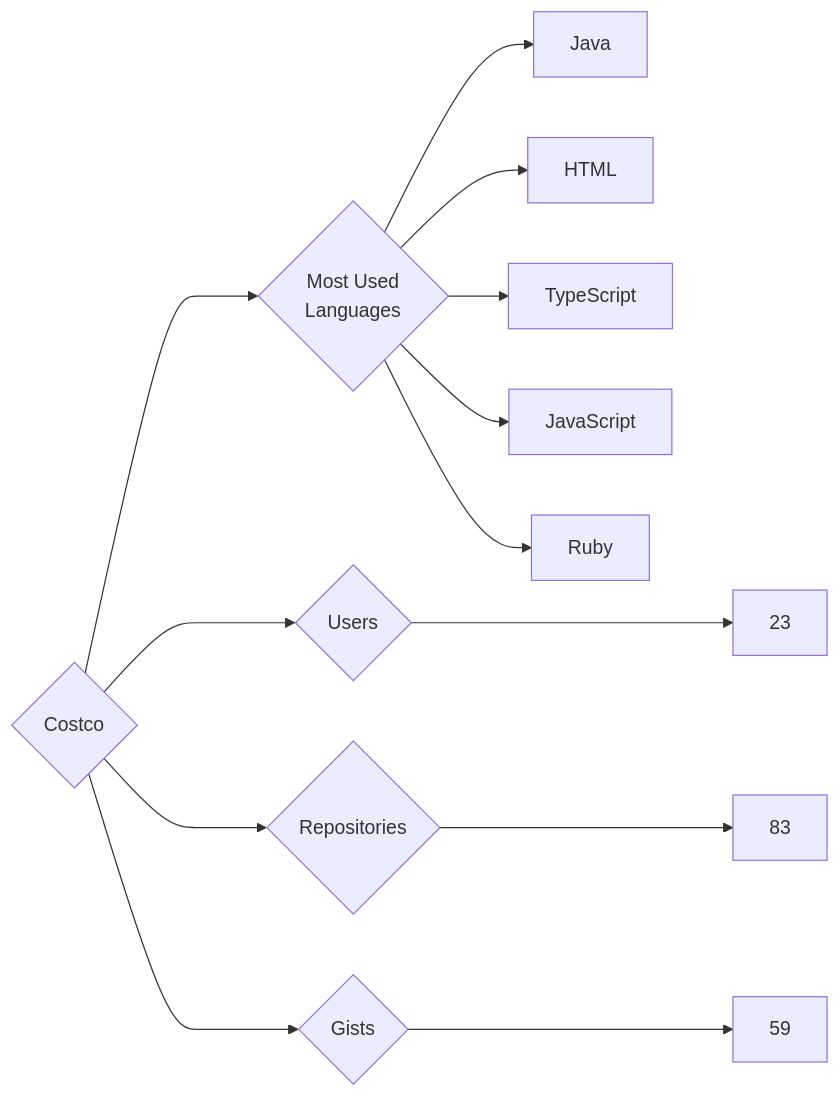
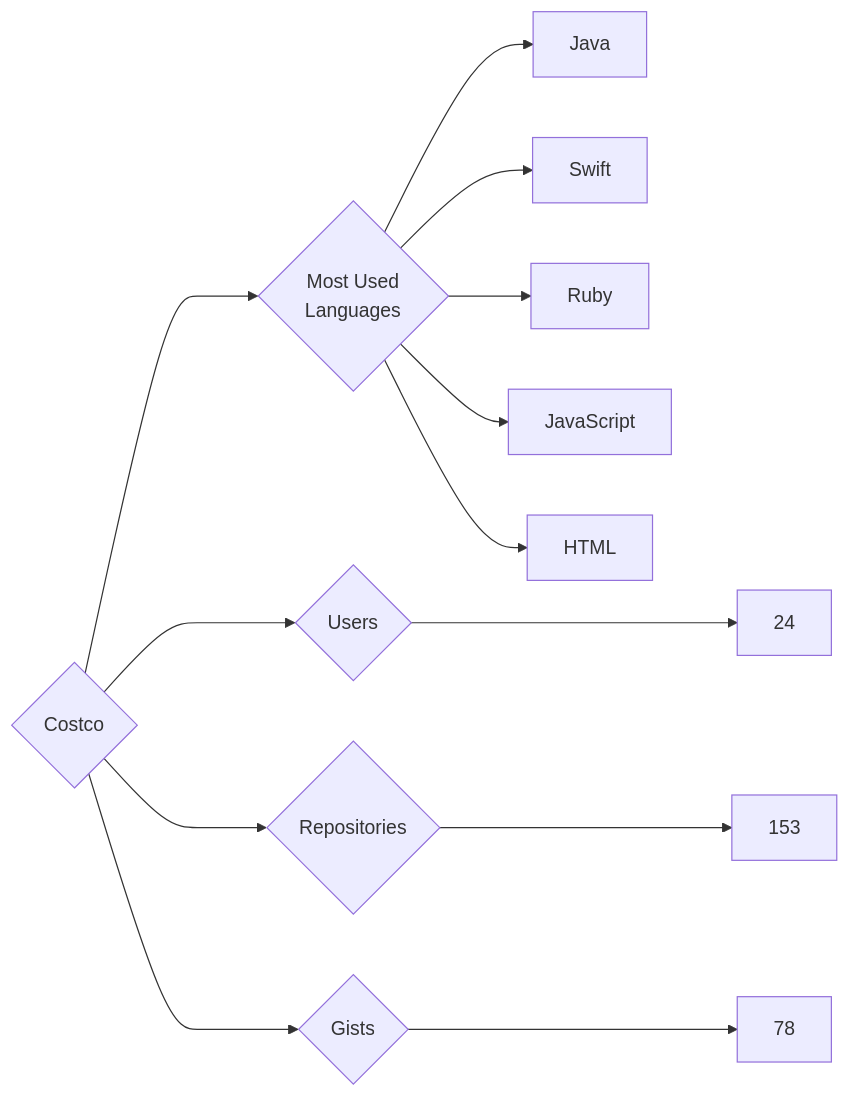
Before and after one commit to trickest/insiders: the diagram in targets/Costco/README.md, drawn with Mermaid. The commit also changed 749 other files, not shown here.

````diff
--- a/targets/Costco/README.md
+++ b/targets/Costco/README.md
@@ -3,13 +3,13 @@
 ```mermaid
 graph LR
 COMPANY_NAME{Costco}
-COMPANY_NAME ---> U{Users} ---> UN[23]
-COMPANY_NAME ---> R{Repositories} ---> RN[83]
-COMPANY_NAME ---> G{Gists} ---> GN[59]
+COMPANY_NAME ---> U{Users} ---> UN[24]
+COMPANY_NAME ---> R{Repositories} ---> RN[153]
+COMPANY_NAME ---> G{Gists} ---> GN[78]
 COMPANY_NAME ---> ML{Most Used<br>Languages}
 ML --> Java[Java]
+ML --> Swift[Swift]
+ML --> Ruby[Ruby]
+ML --> JavaScript[JavaScript]
 ML --> HTML[HTML]
-ML --> TypeScript[TypeScript]
-ML --> JavaScript[JavaScript]
-ML --> Ruby[Ruby]
 ```
````
